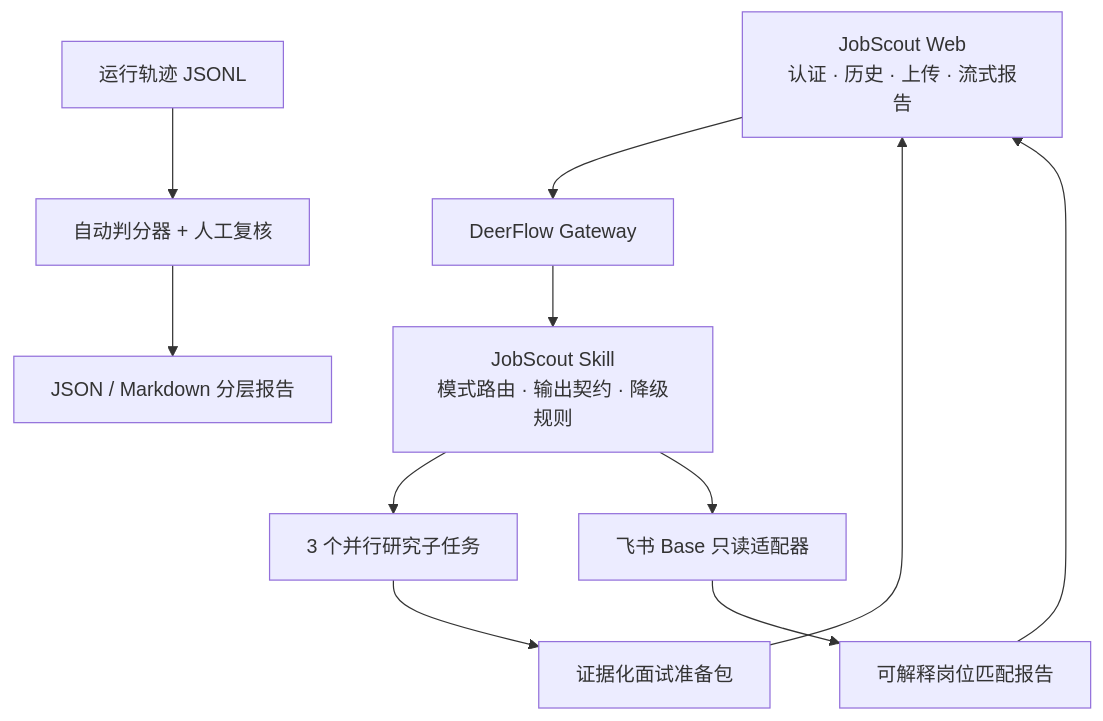
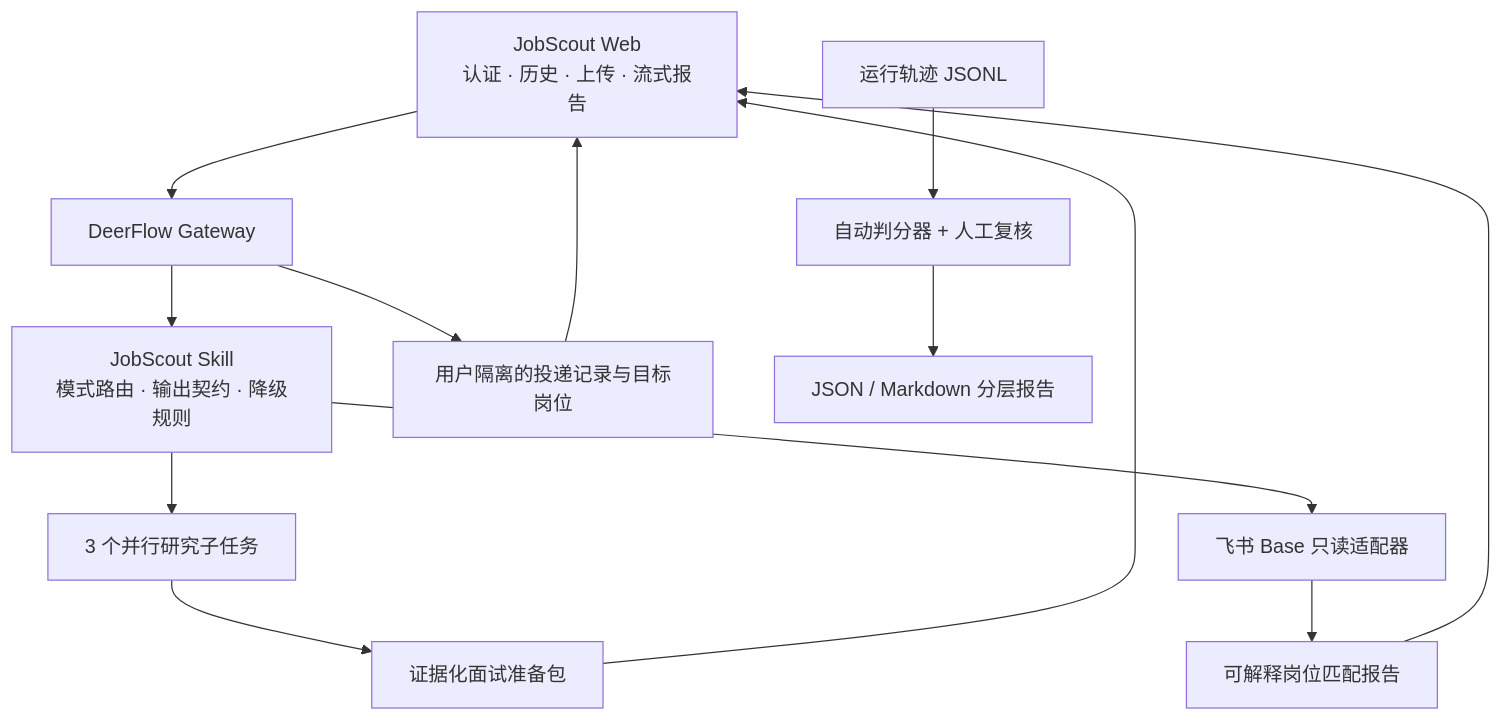
Before and after one commit to Funkierry/JobScout: the third of 3 diagrams in README.md, drawn with Mermaid. The commit also changed other lines of this file and 27 other files, not shown here.

````diff
--- a/README.md
+++ b/README.md
@@ -121,13 +131,15 @@
 ```mermaid
 flowchart TB
     UI[JobScout Web<br/>认证 · 历史 · 上传 · 流式报告] --> GW[DeerFlow Gateway]
     GW --> SKILL[JobScout Skill<br/>模式路由 · 输出契约 · 降级规则]
     SKILL --> TASKS[3 个并行研究子任务]
     SKILL --> BASE[飞书 Base 只读适配器]
     TASKS --> REPORT[证据化面试准备包]
     BASE --> MATCH[可解释岗位匹配报告]
+    GW --> TRACKER[用户隔离的投递记录与目标岗位]
     REPORT --> UI
     MATCH --> UI
+    TRACKER --> UI
     TRACE[运行轨迹 JSONL] --> GRADER[自动判分器 + 人工复核]
     GRADER --> DASH[JSON / Markdown 分层报告]
 ```
````
